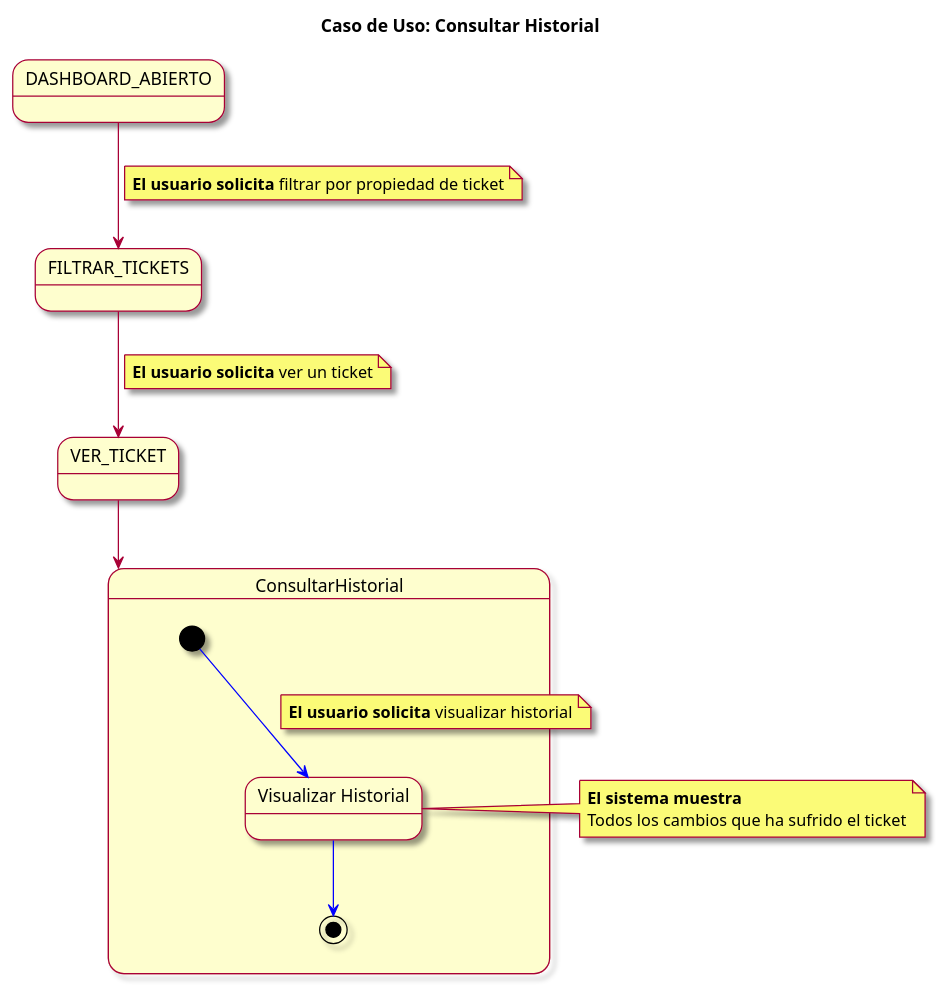
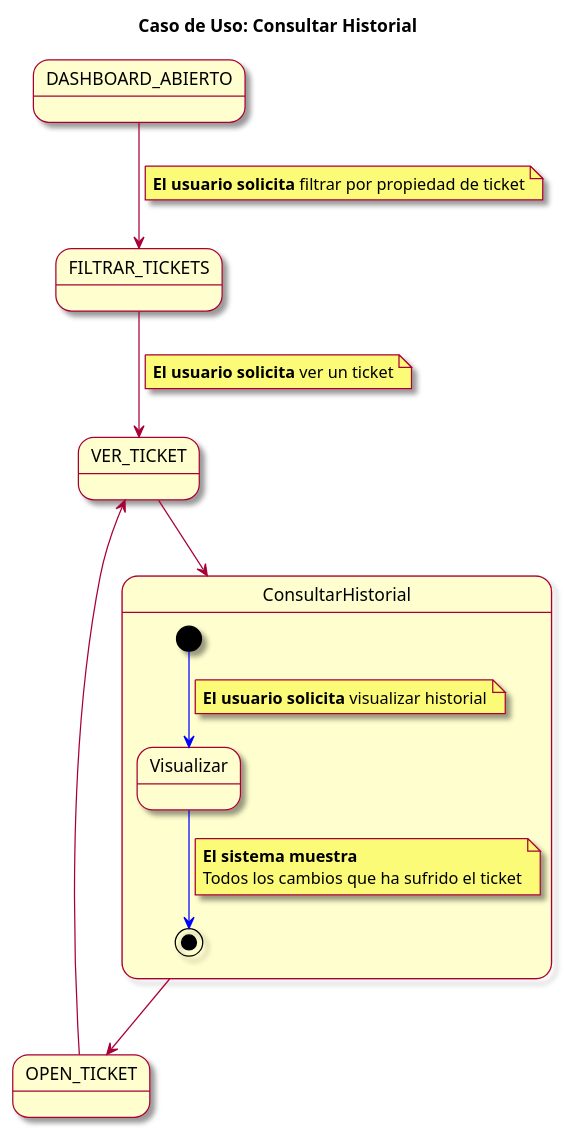
The diagram in modelosUML/CasosDeUsos/CasosDetallados/ConsultarHistorial.puml (mmasias/23-24-IdSw1-SDR), drawn with PlantUML before and after one commit.

Commit message:
cambios en ConsultarHistorial

```diff
--- a/modelosUML/CasosDeUsos/CasosDetallados/ConsultarHistorial.puml
+++ b/modelosUML/CasosDeUsos/CasosDetallados/ConsultarHistorial.puml
@@ -1,27 +1,32 @@
 @startuml
 skin rose
 title Caso de Uso: Consultar Historial
 
 state DASHBOARD_ABIERTO
+state OPEN_TICKET
 
 
 DASHBOARD_ABIERTO --> FILTRAR_TICKETS
 note on link: **El usuario solicita** filtrar por propiedad de ticket
 FILTRAR_TICKETS --> VER_TICKET
 note on link: **El usuario solicita** ver un ticket
 VER_TICKET --> ConsultarHistorial
+ConsultarHistorial --> OPEN_TICKET
+OPEN_TICKET --> VER_TICKET
+
 
 state ConsultarHistorial {
   [*] -[#blue]-> visualizarHistorial
   note on link: **El usuario solicita** visualizar historial
-  state "Visualizar Historial" as visualizarHistorial
+  state "Visualizar" as visualizarHistorial
   visualizarHistorial -[#blue]-> [*]
-}
-
-note right of visualizarHistorial
+note on link
   **El sistema muestra**
   Todos los cambios que ha sufrido el ticket
 end note
+}
+
+
 
 
 @enduml
```
